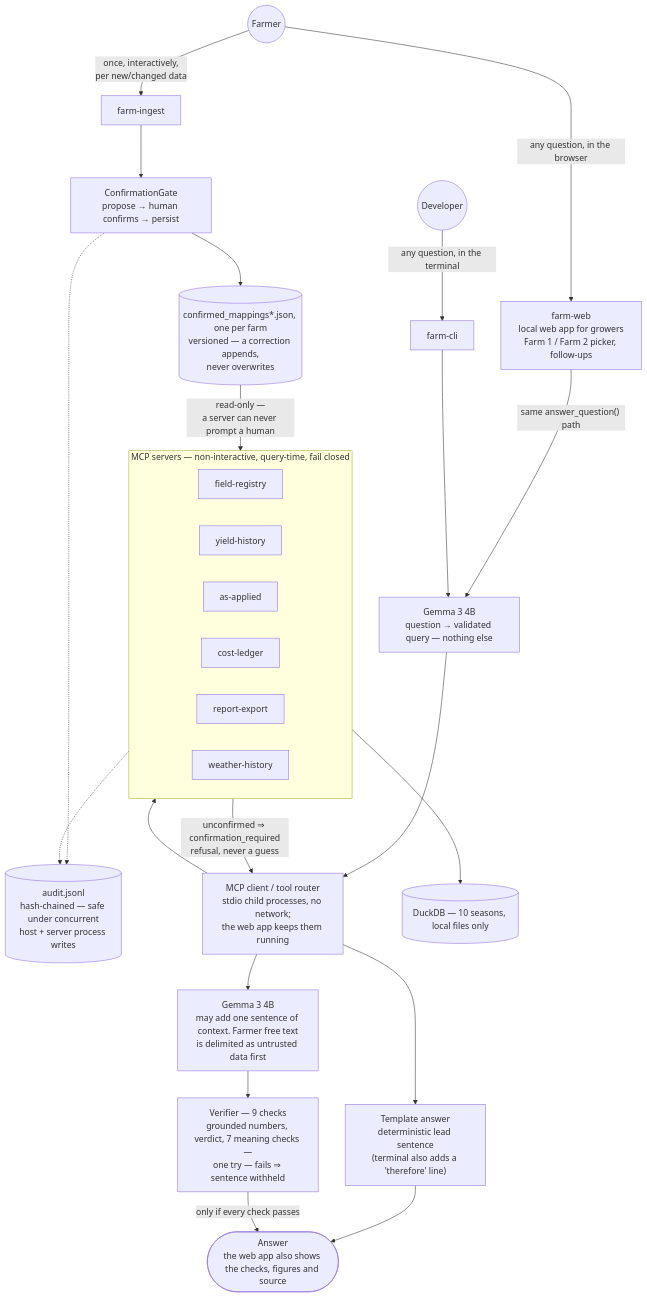
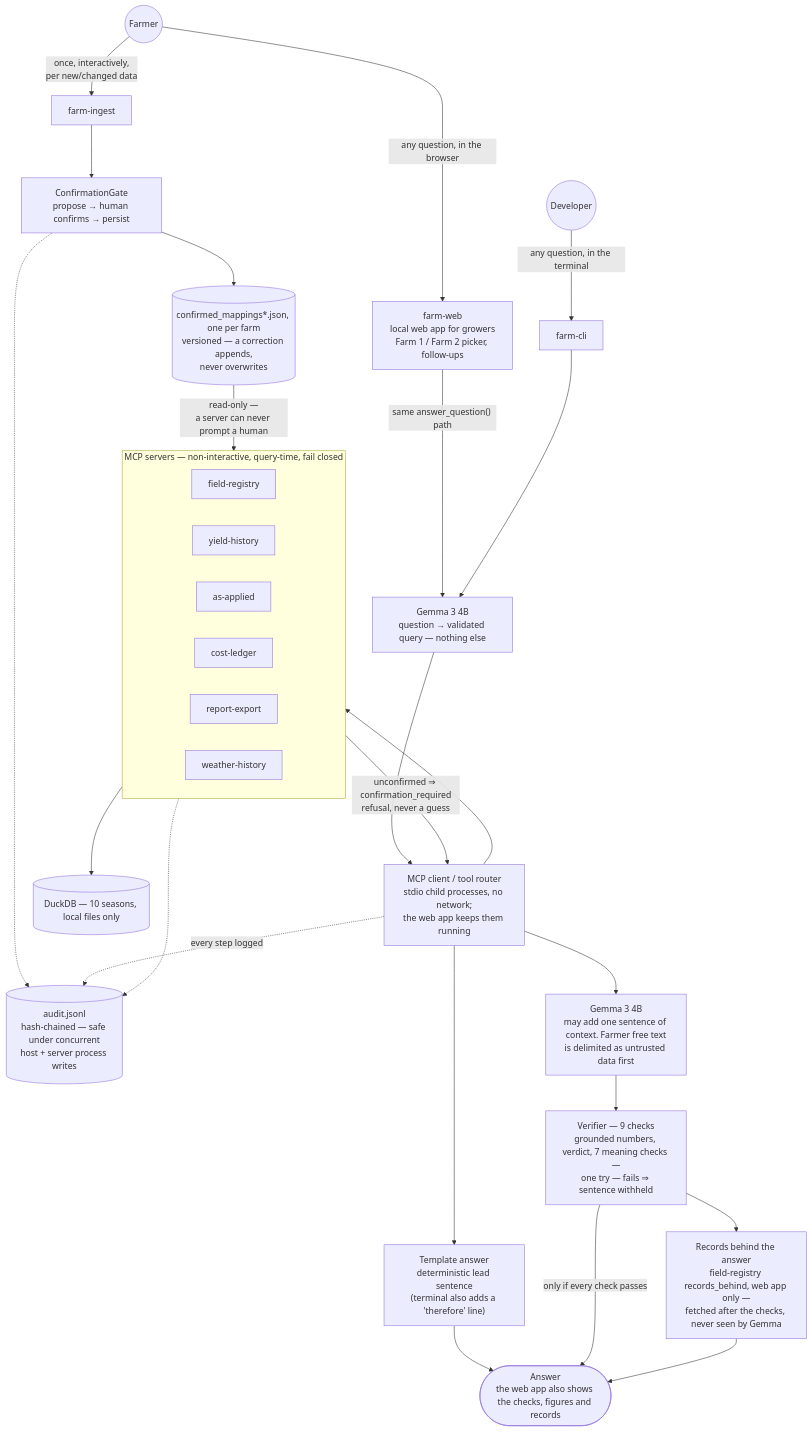
The first of 2 diagrams in docs/ARCHITECTURE.md (lynnlangit/precision-farm-mcp), drawn with Mermaid before and after one commit. The commit also changed other lines of this file and 3 other files, not shown here.

First line of the commit message:
Docs: new checks screenshot, diagrams checked against code, docs/README.md

````diff
--- a/docs/ARCHITECTURE.md
+++ b/docs/ARCHITECTURE.md
@@ -6,37 +6,40 @@
 ```mermaid
 flowchart TD
     Farmer(("Farmer"))
 
     Farmer -->|"once, interactively,<br/>per new/changed data"| Ingest["farm-ingest"]
     Farmer -->|"any question, in the browser"| Web["farm-web<br/>local web app for growers<br/>Farm 1 / Farm 2 picker, follow-ups"]
     Dev(("Developer")) -->|"any question, in the terminal"| CLI["farm-cli"]
 
     Ingest --> Gate["ConfirmationGate<br/>propose → human confirms → persist"]
     Gate --> Store[("confirmed_mappings*.json, one per farm<br/>versioned — a correction appends,<br/>never overwrites")]
     Gate -.-> Audit
 
     Web -->|"same answer_question() path"| Parser
     CLI --> Parser["Gemma 3 4B<br/>question → validated query — nothing else"]
     Parser --> Router["MCP client / tool router<br/>stdio child processes, no network;<br/>the web app keeps them running"]
 
     subgraph Servers["MCP servers — non-interactive, query-time, fail closed"]
         FR["field-registry"]
         YH["yield-history"]
         AA["as-applied"]
         CL2["cost-ledger"]
         RE["report-export"]
         WH["weather-history"]
     end
 
     Router --> Servers
     Store -->|"read-only —<br/>a server can never prompt a human"| Servers
     Servers -->|"unconfirmed ⇒ confirmation_required<br/>refusal, never a guess"| Router
     Servers --> DB[("DuckDB — 10 seasons, local files only")]
     Servers -.-> Audit[("audit.jsonl<br/>hash-chained — safe under concurrent<br/>host + server process writes")]
 
+    Router -.->|"every step logged"| Audit
     Router --> Template["Template answer<br/>deterministic lead sentence<br/>(terminal also adds a 'therefore' line)"]
     Router --> Narrator["Gemma 3 4B<br/>may add one sentence of context. Farmer free text<br/>is delimited as untrusted data first"]
     Narrator --> Checks["Verifier — 9 checks<br/>grounded numbers, verdict, 7 meaning checks —<br/>one try — fails ⇒ sentence withheld"]
-    Template --> Answer(["Answer<br/>the web app also shows the checks, figures and source"])
+    Template --> Answer(["Answer<br/>the web app also shows the checks, figures and records"])
     Checks -->|"only if every check passes"| Answer
+    Checks --> Records["Records behind the answer<br/>field-registry records_behind, web app only —<br/>fetched after the checks, never seen by Gemma"]
+    Records --> Answer
 ```
````
